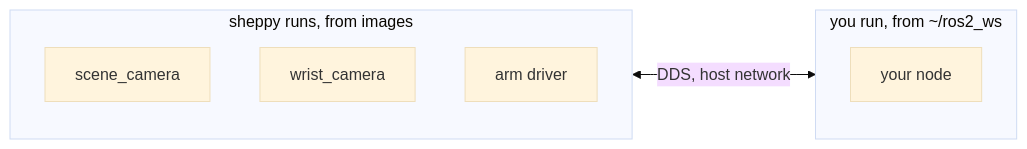
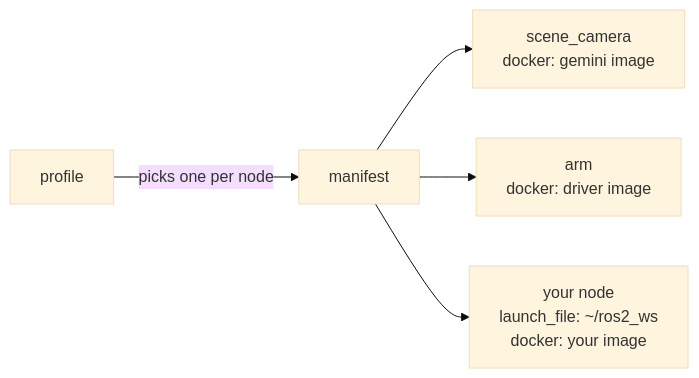
One commit to rammp-org/rammp-org.github.io changed the diagram in website/content/development/index.mdx. Above: the diagram before and after it, drawn with Mermaid (base theme). The commit also changed other lines of this file and 7 other files, not shown here.

First line of the commit message:
Split Development flow into an overview and three workflow pages

````diff
--- a/website/content/development/index.mdx
+++ b/website/content/development/index.mdx
@@ -18,12 +45,7 @@
 ```mermaid
 flowchart LR
-  subgraph S["sheppy runs, from images"]
-    C["scene_camera"]
-    W["wrist_camera"]
-    A["arm driver"]
-  end
-  subgraph Y["you run, from ~/ros2_ws"]
-    N["your node"]
-  end
-  S <-->|"DDS, host network"| Y
+  P["profile"] -->|"picks one per node"| M["manifest"]
+  M --> A1["scene_camera<br/>docker: gemini image"]
+  M --> A2["arm<br/>docker: driver image"]
+  M --> A3["your node<br/>launch_file: ~/ros2_ws<br/>docker: your image"]
 ```
````
